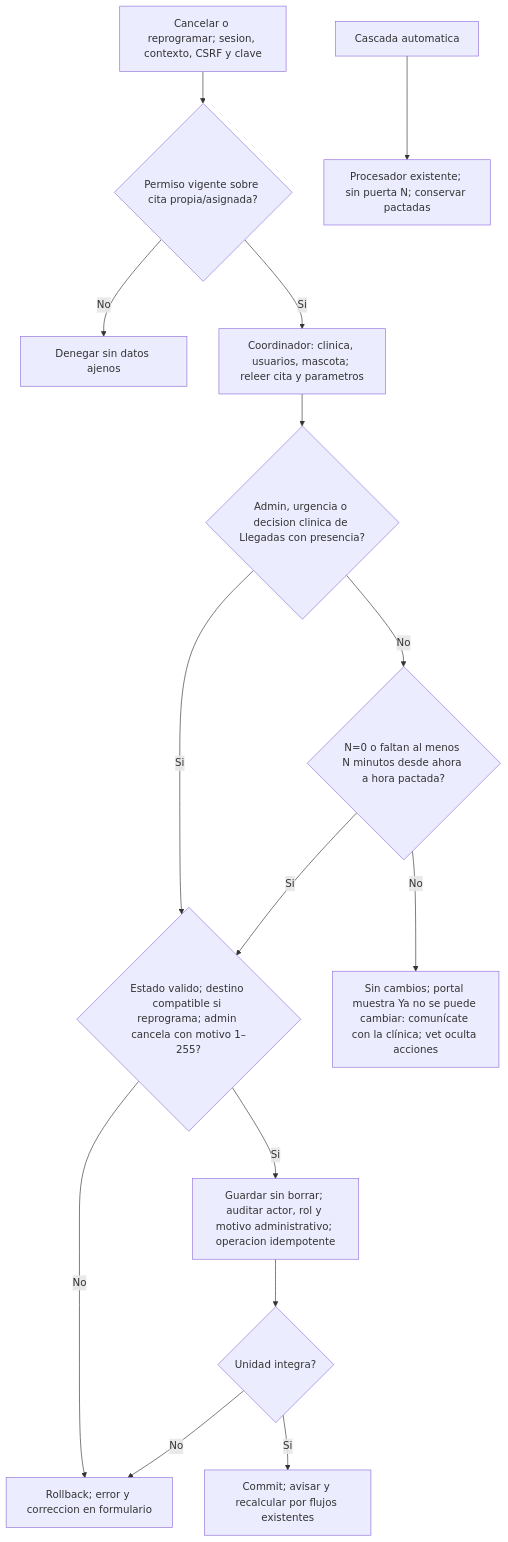
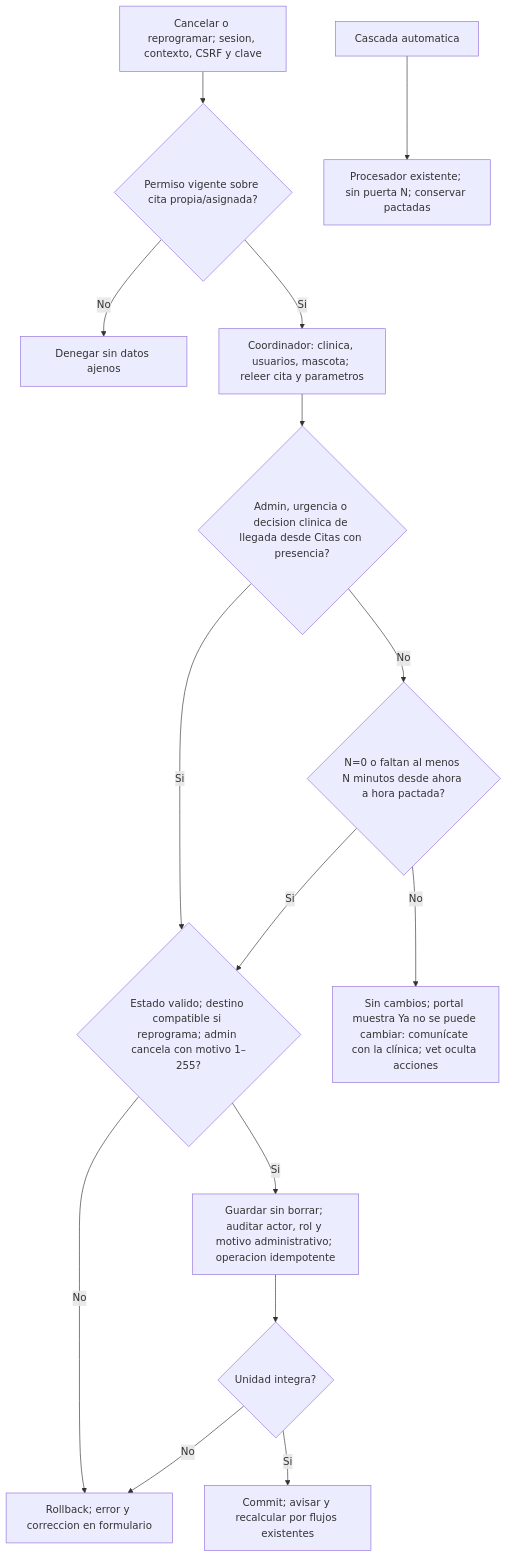
Diagram 39 of 40 in documentacion/Modelos.md (carvajal7lsch-commits/Zooki), drawn with Mermaid before and after one commit. The commit also changed other lines of this file and 38 other files, not shown here.

Commit message:
feat(agenda): mover llegadas de Sala al panel Citas (HU-2.2, HU-4.19)

````diff
--- a/documentacion/Modelos.md
+++ b/documentacion/Modelos.md
@@ -1687,17 +1686,17 @@
 ```mermaid
 flowchart TD
   A["Cancelar o reprogramar; sesion, contexto, CSRF y clave"] --> P{"Permiso vigente sobre cita propia/asignada?"}
   P -- No --> DEN["Denegar sin datos ajenos"]
   P -- Si --> TX["Coordinador: clinica, usuarios, mascota; releer cita y parametros"]
-  TX --> EX{"Admin, urgencia o decision clinica de Llegadas con presencia?"}
+  TX --> EX{"Admin, urgencia o decision clinica de llegada desde Citas con presencia?"}
   EX -- Si --> VAL
   EX -- No --> N{"N=0 o faltan al menos N minutos desde ahora a hora pactada?"}
   N -- No --> ERR["Sin cambios; portal muestra Ya no se puede cambiar: comunícate con la clínica; vet oculta acciones"]
   N -- Si --> VAL{"Estado valido; destino compatible si reprograma; admin cancela con motivo 1–255?"}
   VAL -- No --> RB["Rollback; error y correccion en formulario"]
   VAL -- Si --> GU["Guardar sin borrar; auditar actor, rol y motivo administrativo; operacion idempotente"]
   GU --> OK{"Unidad integra?"}
   OK -- No --> RB
   OK -- Si --> COM["Commit; avisar y recalcular por flujos existentes"]
   CAS["Cascada automatica"] --> CAL["Procesador existente; sin puerta N; conservar pactadas"]
 ```
````
